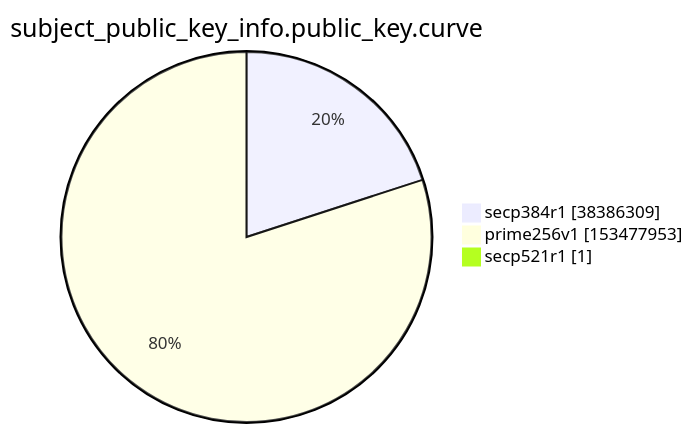
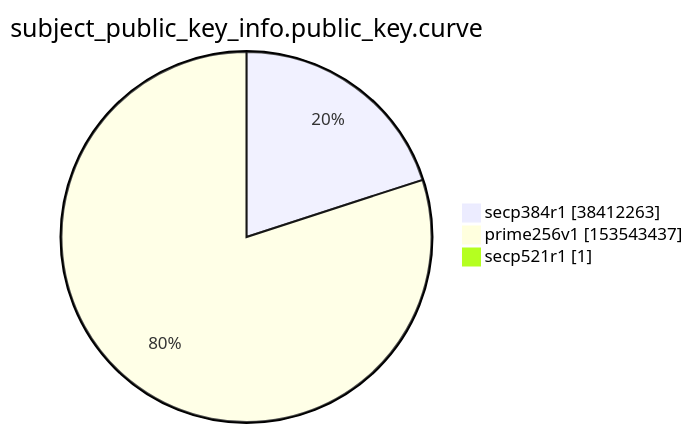
The ninth of 15 diagrams in xenon2022/README.md (christiankrug/ctmonitor_visualization), drawn with Mermaid before and after one commit. The commit also changed other lines of this file, not shown here.

````diff
--- a/xenon2022/README.md
+++ b/xenon2022/README.md
@@ -2863,7 +2863,7 @@
 ```mermaid
 pie showData
 title subject_public_key_info.public_key.curve
-"secp384r1" :38386309
-"prime256v1" :153477953
+"secp384r1" :38412263
+"prime256v1" :153543437
 "secp521r1" :1
 ```
````
